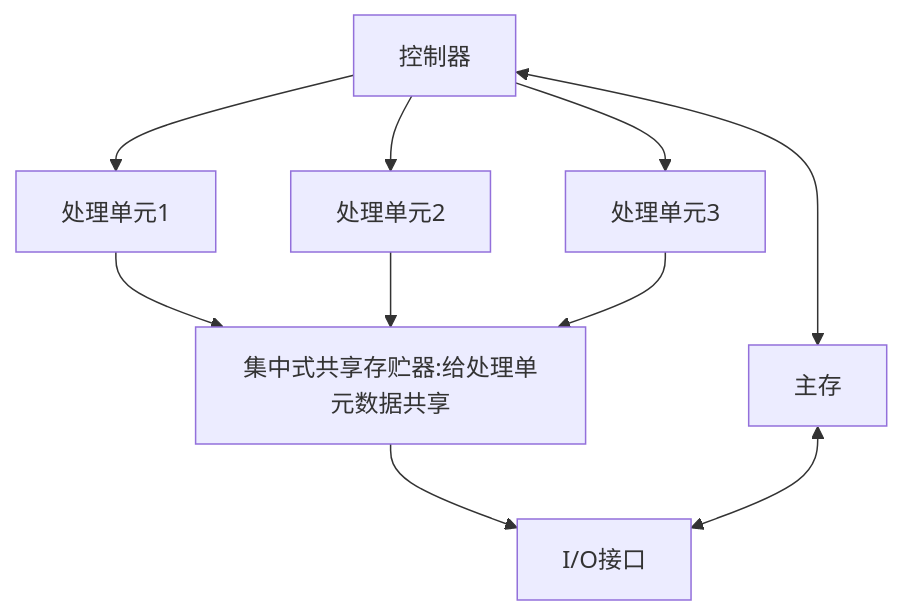
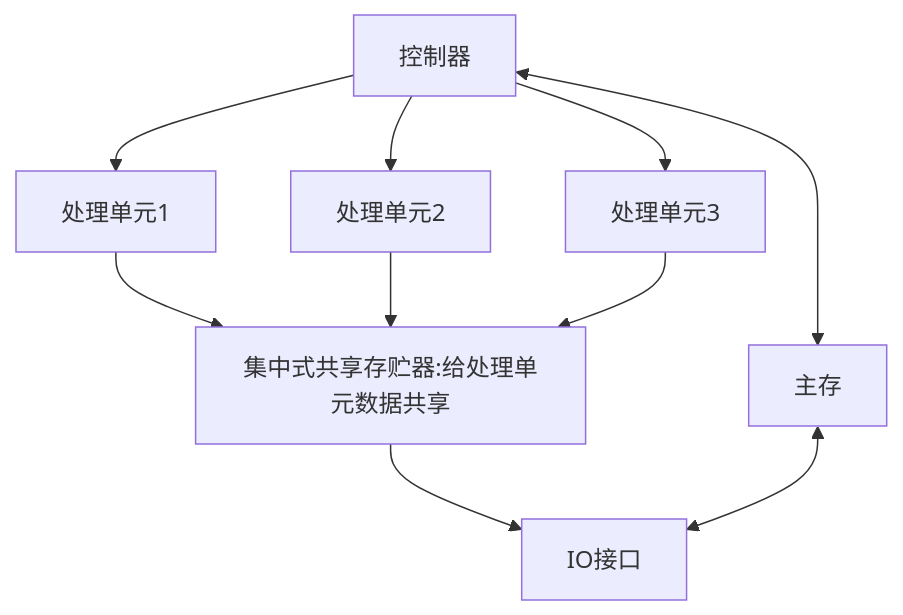
Before and after one commit to sorryle/sorryle.github.io: the second of 2 diagrams in _posts/2021/2021-03-21-system-structure.md, drawn with Mermaid.

````diff
--- a/_posts/2021/2021-03-21-system-structure.md
+++ b/_posts/2021/2021-03-21-system-structure.md
@@ -59,12 +59,12 @@
 ```mermaid
 graph TD
 	控制器<-->主存
 	控制器-->处理单元1
 	控制器-->处理单元2
 	控制器-->处理单元3
 	处理单元1-->集中式共享存贮器:给处理单元数据共享
 	处理单元2-->集中式共享存贮器:给处理单元数据共享
 	处理单元3-->集中式共享存贮器:给处理单元数据共享
-	集中式共享存贮器:给处理单元数据共享-->I/O接口
-	主存<-->I/O接口
+	集中式共享存贮器:给处理单元数据共享-->IO接口
+	主存<-->IO接口
 ```
````
